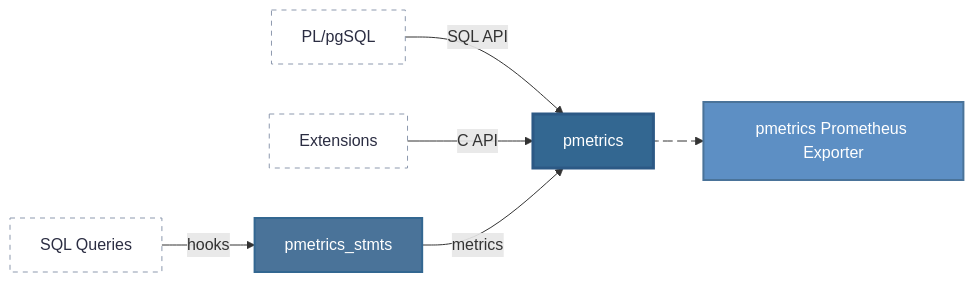
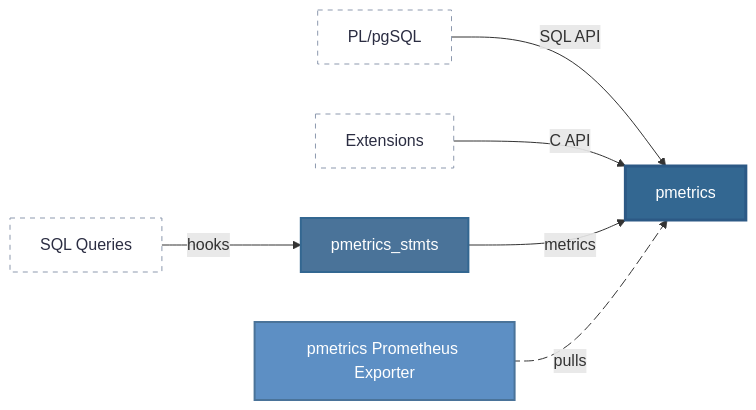
One commit to v0idpwn-industries/pmetrics changed the diagram in README.md. Above: the diagram before and after it, drawn with Mermaid.

````diff
--- a/README.md
+++ b/README.md
@@ -5,26 +5,26 @@
 ```mermaid
 flowchart LR
     Q[SQL Queries]
     P[PL/pgSQL]
     E[Extensions]
 
     S[pmetrics_stmts]
     C[pmetrics]
 
     X[pmetrics Prometheus Exporter]
 
     Q -->|hooks| S
     P -->|SQL API| C
     E -->|C API| C
     S -->|metrics| C
 
-    C e1@--> X
+    X e1@-->|pulls| C
     e1@{ animation: fast }
 
     style C fill:#336791,stroke:#2c5985,stroke-width:3px,color:#fff
     style S fill:#4a7399,stroke:#336791,stroke-width:2px,color:#fff
     style X fill:#5d8fc4,stroke:#4a7399,stroke-width:2px,color:#fff
     style Q fill:none,stroke:#8d99ae,stroke-width:1px,color:#2b2d42,stroke-dasharray: 5 5
     style P fill:none,stroke:#8d99ae,stroke-width:1px,color:#2b2d42,stroke-dasharray: 5 5
     style E fill:none,stroke:#8d99ae,stroke-width:1px,color:#2b2d42,stroke-dasharray: 5 5
 ```
````
